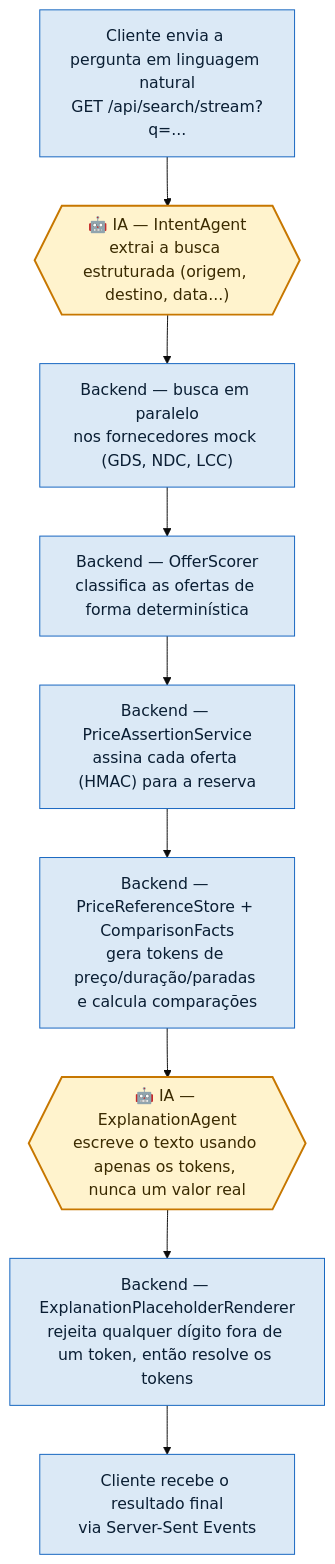
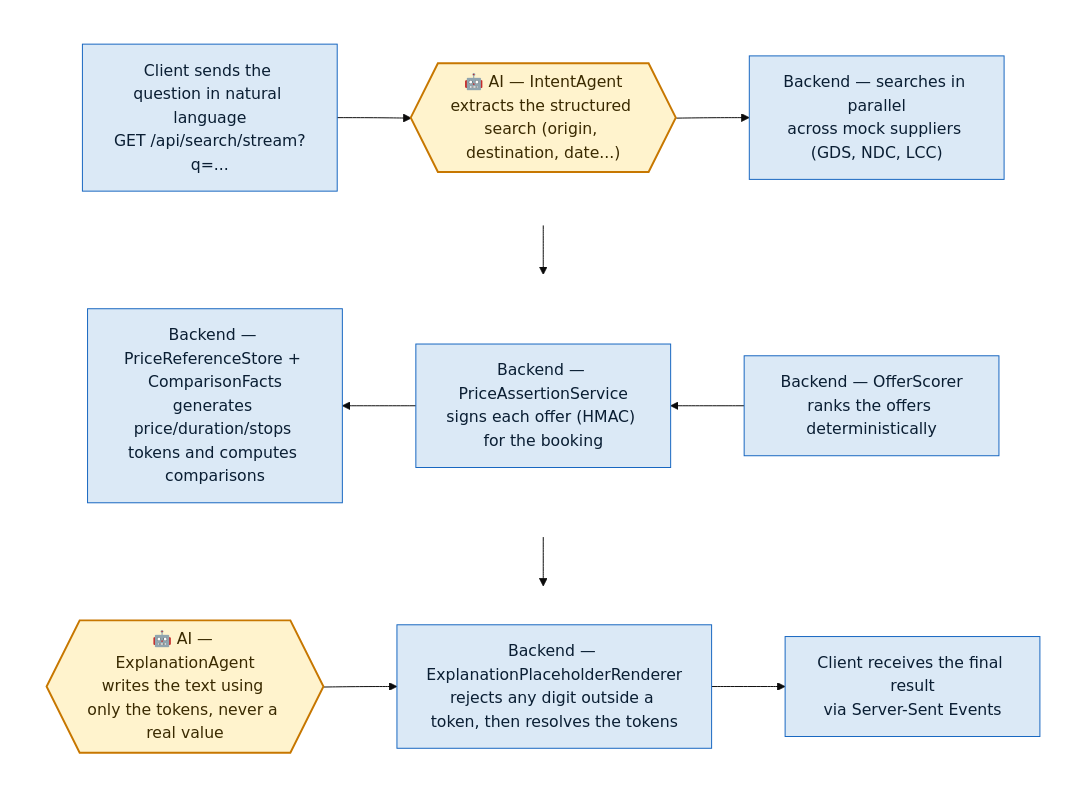
One commit to renanrgarcia/online-travel-agency changed the diagram in README.md. Above: the diagram before and after it, drawn with Mermaid (base theme). The commit also changed other lines of this file and 1 other file, not shown here.

Commit message:
docs: serpentine mermaid layout, per-language diagram labels, reframe as OTA's first module
- The search-flow diagram was a single straight vertical chain of 9 nodes,
  awkward to read top to bottom. Restructured into 3 rows of 3, alternating
  left-to-right / right-to-left (a snake layout) via per-row subgraphs with
  direction LR/RL, connected subgraph-to-subgraph rather than node-to-node --
  the latter made Mermaid collapse the whole thing back to one vertical
  column, confirmed by rendering both variants before picking this one.
- README.md's diagram now has English labels instead of Portuguese; each
  README's diagram matches its own language, so neither needs a note
  explaining why the labels are in a different language than the surrounding
  text.
- Retitled both READMEs "Online Travel Agency" (the repo's actual name) with
  FlightAi introduced as its first module -- the flight search and booking
  system that exists today, not the name of the eventual larger solution.

````diff
--- a/README.md
+++ b/README.md
@@ -23,19 +25,25 @@
 ```mermaid
 flowchart TD
-    A["Cliente envia a pergunta em linguagem natural\nGET /api/search/stream?q=..."]
-    B{{"🤖 IA — IntentAgent\nextrai a busca estruturada (origem, destino, data...)"}}
-    C["Backend — busca em paralelo\nnos fornecedores mock (GDS, NDC, LCC)"]
-    D["Backend — OfferScorer\nclassifica as ofertas de forma determinística"]
-    E["Backend — PriceAssertionService\nassina cada oferta (HMAC) para a reserva"]
-    F["Backend — PriceReferenceStore + ComparisonFacts\ngera tokens de preço/duração/paradas e calcula comparações"]
-    G{{"🤖 IA — ExplanationAgent\nescreve o texto usando apenas os tokens, nunca um valor real"}}
-    H["Backend — ExplanationPlaceholderRenderer\nrejeita qualquer dígito fora de um token, então resolve os tokens"]
-    I["Cliente recebe o resultado final\nvia Server-Sent Events"]
+    subgraph Row1[" "]
+        direction LR
+        A["Client sends the question in natural language\nGET /api/search/stream?q=..."] --> B{{"🤖 AI — IntentAgent\nextracts the structured search (origin, destination, date...)"}} --> C["Backend — searches in parallel\nacross mock suppliers (GDS, NDC, LCC)"]
+    end
+    subgraph Row2[" "]
+        direction RL
+        D["Backend — OfferScorer\nranks the offers deterministically"] --> E["Backend — PriceAssertionService\nsigns each offer (HMAC) for the booking"] --> F["Backend — PriceReferenceStore + ComparisonFacts\ngenerates price/duration/stops tokens and computes comparisons"]
+    end
+    subgraph Row3[" "]
+        direction LR
+        G{{"🤖 AI — ExplanationAgent\nwrites the text using only the tokens, never a real value"}} --> H["Backend — ExplanationPlaceholderRenderer\nrejects any digit outside a token, then resolves the tokens"] --> I["Client receives the final result\nvia Server-Sent Events"]
+    end
 
-    A --> B --> C --> D --> E --> F --> G --> H --> I
+    Row1 --> Row2 --> Row3
 
     classDef ai fill:#fff3cd,stroke:#c77700,color:#3a2a00,stroke-width:2px;
     classDef backend fill:#dbe9f6,stroke:#1565c0,color:#0a1e33;
     class B,G ai;
     class A,C,D,E,F,H,I backend;
+    style Row1 fill:none,stroke:none
+    style Row2 fill:none,stroke:none
+    style Row3 fill:none,stroke:none
 ```
````
